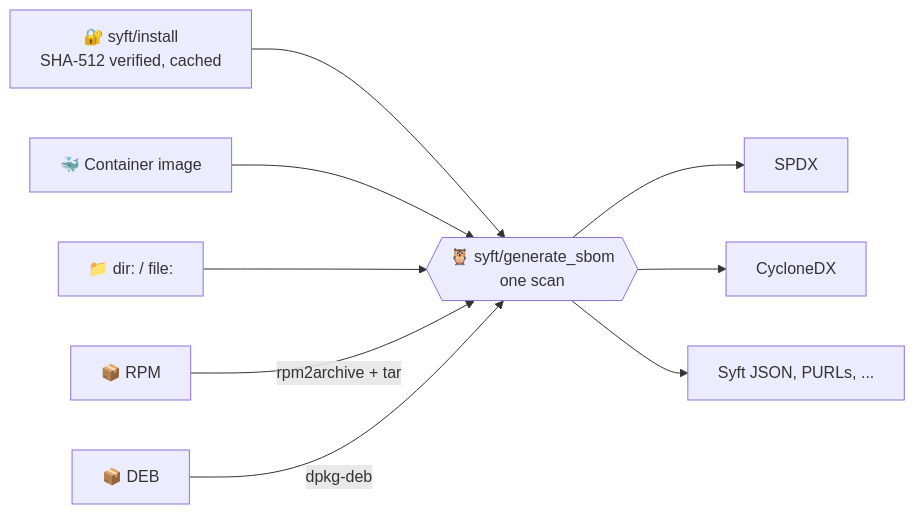
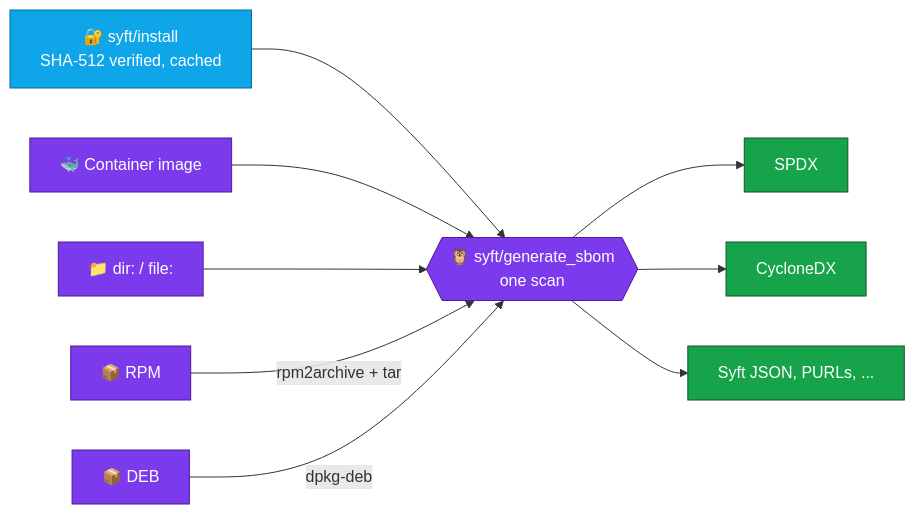
The diagram in README.md (juburr/syft-orb), drawn with Mermaid before and after one commit. The commit also changed other lines of this file, not shown here.

````diff
--- a/README.md
+++ b/README.md
@@ -119,15 +75,23 @@
 ```mermaid
 flowchart LR
     INSTALL["🔐 syft/install<br/>SHA-512 verified, cached"] --> SCAN
 
     IMG["🐳 Container image"] --> SCAN
     DIR["📁 dir: / file:"] --> SCAN
     RPM["📦 RPM"] -- "rpm2archive + tar" --> SCAN
     DEB["📦 DEB"] -- "dpkg-deb" --> SCAN
 
     SCAN{{"🦉 syft/generate_sbom<br/>one scan"}}
 
     SCAN --> SPDX["SPDX"]
     SCAN --> CDX["CycloneDX"]
     SCAN --> MORE["Syft JSON, PURLs, ..."]
+
+    classDef install fill:#0EA5E9,stroke:#0369A1,color:#FFFFFF
+    classDef tool fill:#7C3AED,stroke:#4C1D95,color:#FFFFFF
+    classDef good fill:#16A34A,stroke:#14532D,color:#FFFFFF
+    classDef bad fill:#DC2626,stroke:#7F1D1D,color:#FFFFFF
+    class INSTALL install
+    class IMG,DIR,RPM,DEB,SCAN tool
+    class SPDX,CDX,MORE good
 ```
````
